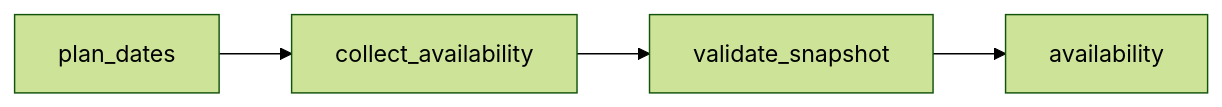
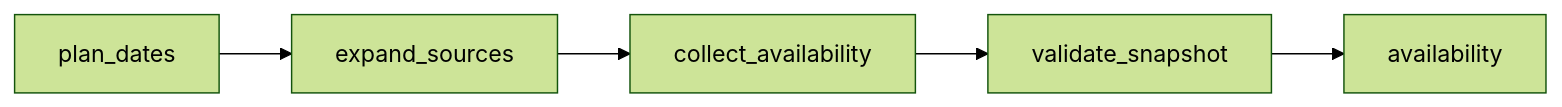
The diagram in datasets/golf-vancouver-courses-available-tee-times-9decbad0c781/README.md (jsonifyco/public-datasets), drawn with Mermaid (forest theme) before and after one commit. The commit also changed other lines of this file, not shown here.

Commit message:
Update golf-vancouver-courses-available-tee-times-9decbad0c781

````diff
--- a/datasets/golf-vancouver-courses-available-tee-times-9decbad0c781/README.md
+++ b/datasets/golf-vancouver-courses-available-tee-times-9decbad0c781/README.md
@@ -58,10 +58,12 @@
 ```mermaid
 flowchart LR
   n0["plan#95;dates"]
-  n1["collect#95;availability"]
-  n2["validate#95;snapshot"]
-  n3["availability"]
+  n1["expand#95;sources"]
+  n2["collect#95;availability"]
+  n3["validate#95;snapshot"]
+  n4["availability"]
   n0 --> n1
   n1 --> n2
   n2 --> n3
+  n3 --> n4
 ```
````
